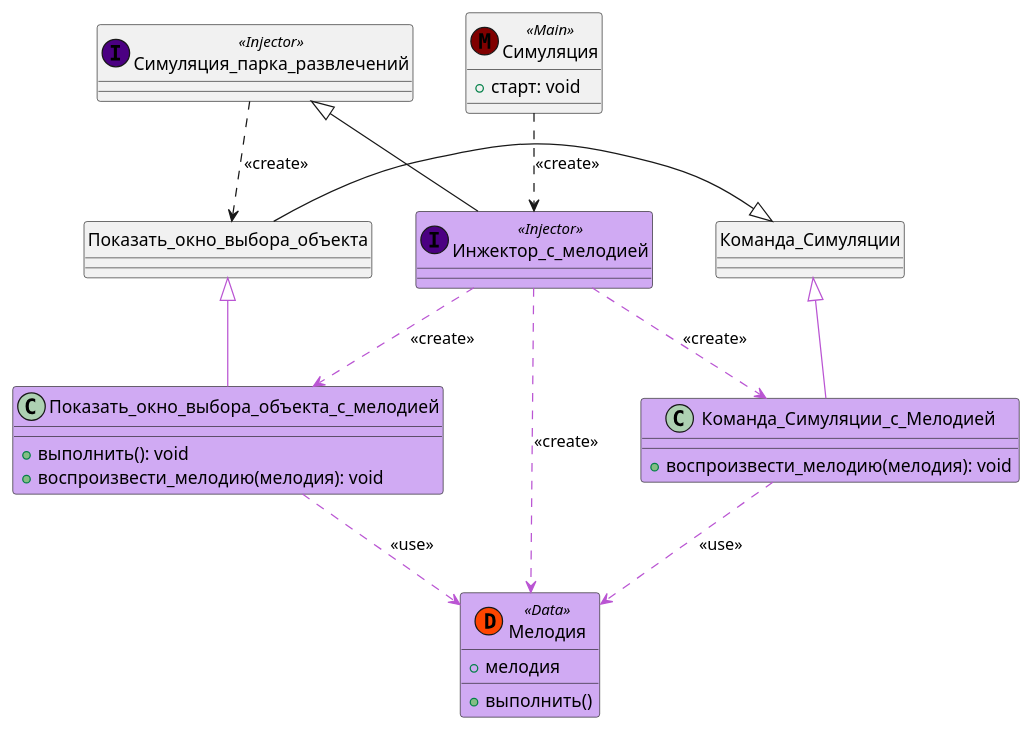
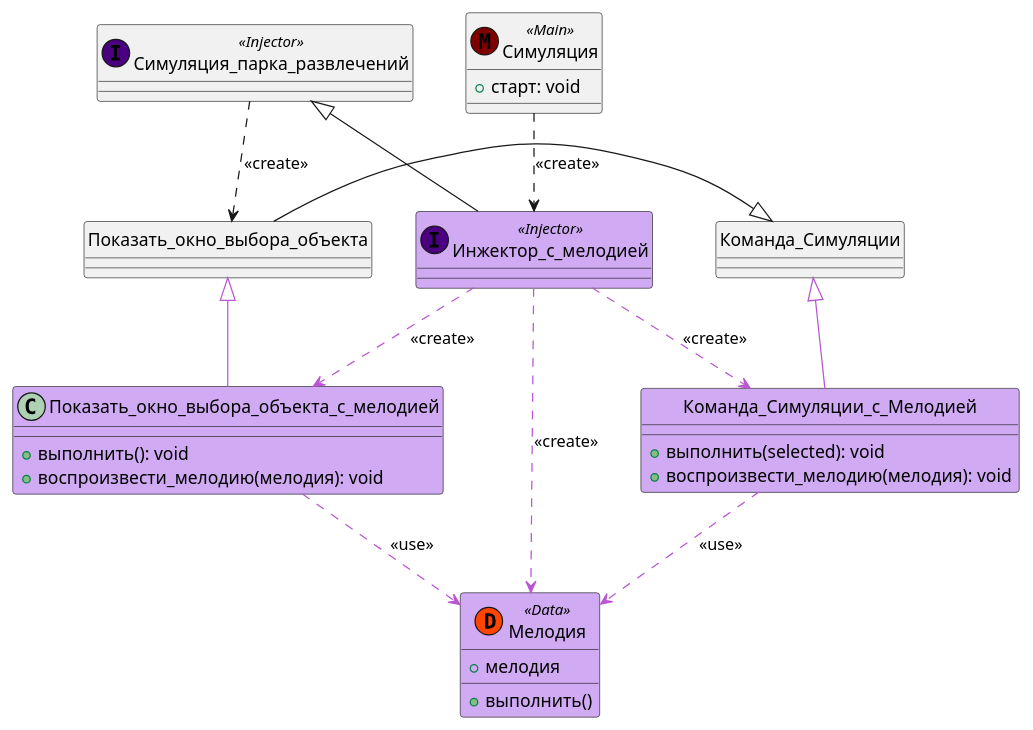
Before and after one commit to mzhirko/amusement-park: the diagram in description/diagrams/diagrams-ru/development-class/class-develop-music.wsd, drawn with PlantUML. The commit also changed 2 other files, not shown here.

Commit message:
Correct music dev diagram. Les finales

```diff
--- a/description/diagrams/diagrams-ru/development-class/class-develop-music.wsd
+++ b/description/diagrams/diagrams-ru/development-class/class-develop-music.wsd
@@ -1,47 +1,49 @@
 @startuml
 Симуляция ..> Инжектор_с_мелодией: <<create>>
 Инжектор_с_мелодией .[#MediumOrchid].> Мелодия: <<create>>
 Инжектор_с_мелодией .[#MediumOrchid].> Команда_Симуляции_с_Мелодией: <<create>>
 Инжектор_с_мелодией .[#MediumOrchid].> Показать_окно_выбора_объекта_с_мелодией: <<create>>
 Симуляция_парка_развлечений <|- Инжектор_с_мелодией
 Показать_окно_выбора_объекта <|-[#MediumOrchid]- Показать_окно_выбора_объекта_с_мелодией
 Команда_Симуляции <|-[#MediumOrchid]- Команда_Симуляции_с_Мелодией
 Показать_окно_выбора_объекта_с_мелодией .[#MediumOrchid].> Мелодия: <<use>>
 Команда_Симуляции_с_Мелодией .[#MediumOrchid].> Мелодия: <<use>>
 
 class Симуляция_парка_развлечений << (I,Indigo) Injector >> {
 }
 
 class Инжектор_с_мелодией << (I,Indigo) Injector >> #D0AAF3 {
 }
 
 class Показать_окно_выбора_объекта {
 }
 
 class Показать_окно_выбора_объекта_с_мелодией #D0AAF3 {
     + выполнить(): void
     + воспроизвести_мелодию(мелодия): void
 }
 
 class Симуляция << (M,Maroon) Main >> {
 + старт: void
 }
 
 class Команда_Симуляции {
 }
 
 class Команда_Симуляции_с_Мелодией #D0AAF3 {
+    + выполнить(selected): void
     + воспроизвести_мелодию(мелодия): void
 }
 
 class Мелодия << (D,OrangeRed) Data>> #D0AAF3 {
     + мелодия
     + выполнить()
 }
 
 hide Показать_окно_выбора_объекта circle
 hide Команда_Симуляции circle
+hide Команда_Симуляции_с_Мелодией circle
 
 Симуляция_парка_развлечений ..> Показать_окно_выбора_объекта: <<create>>
 Показать_окно_выбора_объекта -|> Команда_Симуляции
 @enduml
```
